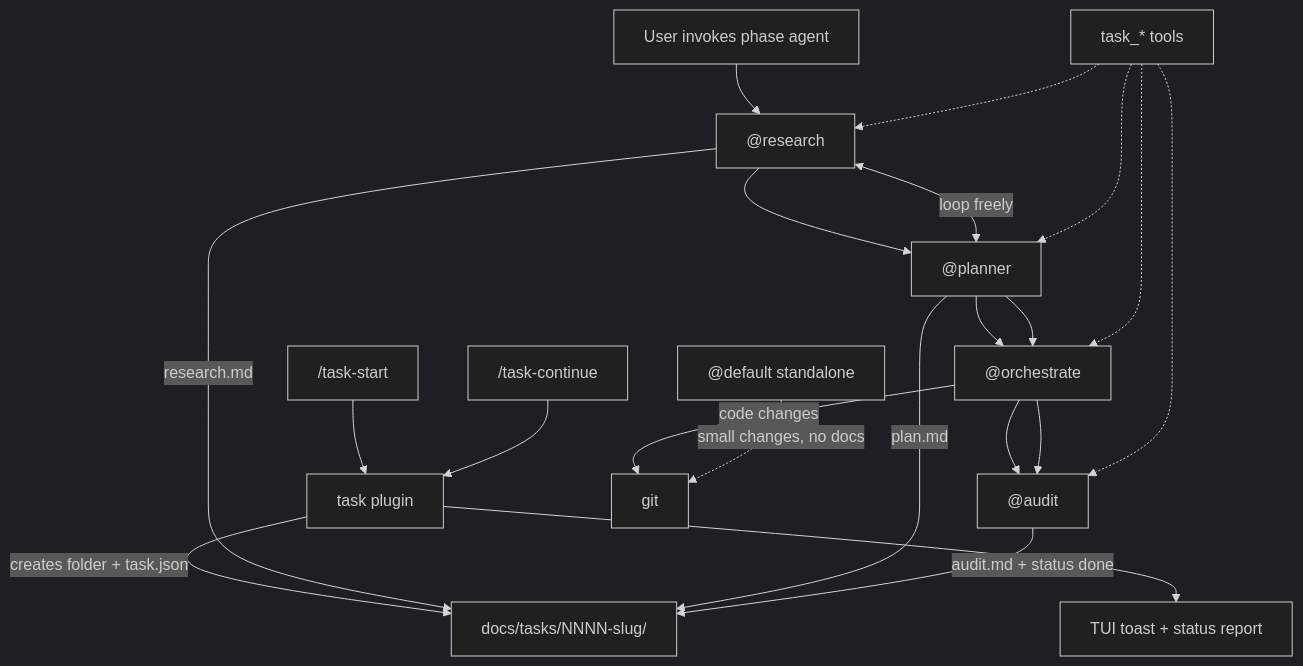
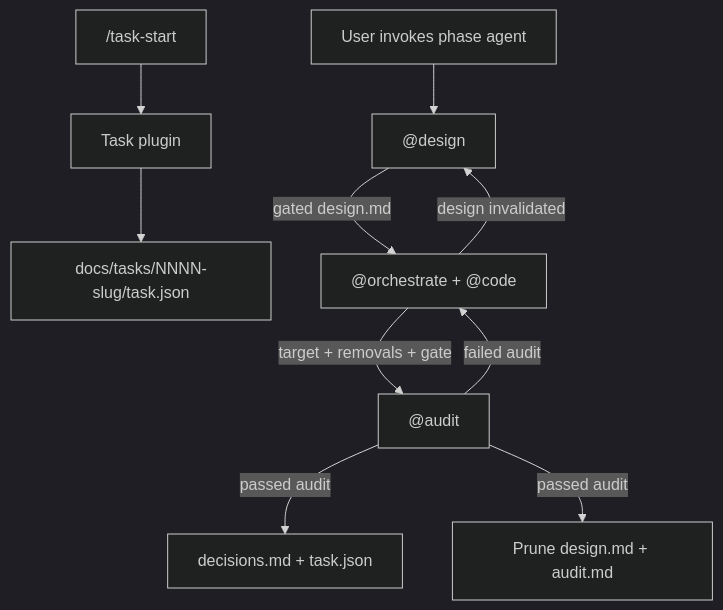
Before and after one commit to gdurandvadas/dotfiles: the diagram in apps/opencode/personal/README.md, drawn with Mermaid (dark theme). The commit also changed other lines of this file and 14 other files, not shown here.

First line of the commit message:
refactor: update task workflow and agent structure

````diff
--- a/apps/opencode/personal/README.md
+++ b/apps/opencode/personal/README.md
@@ -33,28 +26,12 @@
 ```mermaid
 flowchart TD
-  start["/task-start"] --> plugin["task plugin"]
-  cont["/task-continue"] --> plugin
-  plugin -->|"creates folder + task.json"| folder["docs/tasks/NNNN-slug/"]
-  plugin --> toast["TUI toast + status report"]
-
-  user["User invokes phase agent"] --> research["@research"]
-  research --> planner["@planner"]
-  planner --> orch["@orchestrate"]
-  orch --> audit["@audit"]
-
-  research -->|"research.md"| folder
-  planner -->|"plan.md"| folder
-  orch -->|"code changes"| git["git"]
-  audit -->|"audit.md + status done"| folder
-
-  research <-->|"loop freely"| planner
-  planner --> orch
-  orch --> audit
-
-  tools["task_* tools"] -.-> research
-  tools -.-> planner
-  tools -.-> orch
-  tools -.-> audit
-
-  default["@default standalone"] -.->|"small changes, no docs"| git
+  start["/task-start"] --> plugin["Task plugin"]
+  plugin --> folder["docs/tasks/NNNN-slug/task.json"]
+  user["User invokes phase agent"] --> design["@design"]
+  design -->|"gated design.md"| implement["@orchestrate + @code"]
+  implement -->|"target + removals + gate"| audit["@audit"]
+  audit -->|"failed audit"| implement
+  implement -->|"design invalidated"| design
+  audit -->|"passed audit"| decisions["decisions.md + task.json"]
+  audit -->|"passed audit"| prune["Prune design.md + audit.md"]
 ```
````
